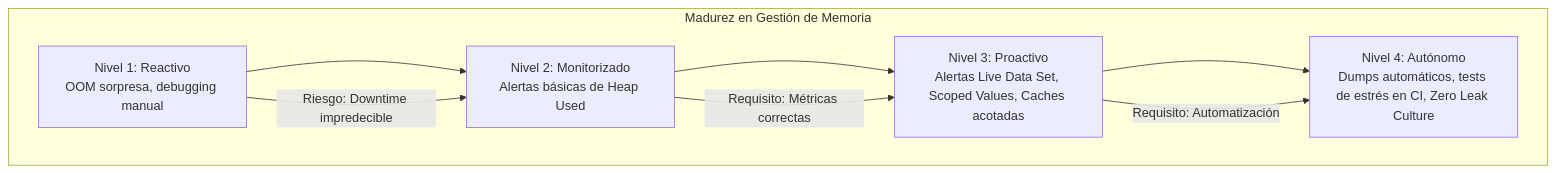
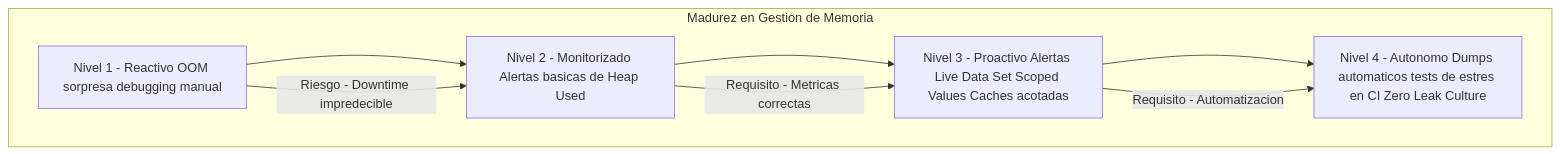
Before and after one commit to Joaquinriosheredia/DAM-Java-Mastery: the fourth of 4 diagrams in 01_Java_Core/memory_leaks_reales_en_java_deteccion_y_solucion_con_visualvm_STAFF.md, drawn with Mermaid. The commit also changed other lines of this file, not shown here.

````diff
--- a/01_Java_Core/memory_leaks_reales_en_java_deteccion_y_solucion_con_visualvm_STAFF.md
+++ b/01_Java_Core/memory_leaks_reales_en_java_deteccion_y_solucion_con_visualvm_STAFF.md
@@ -394,13 +568,13 @@
 ```mermaid
 graph TD
-    subgraph "Madurez en Gestión de Memoria"
-        L1[Nivel 1: Reactivo<br>OOM sorpresa, debugging manual] --> L2
-        L2[Nivel 2: Monitorizado<br>Alertas básicas de Heap Used] --> L3
-        L3[Nivel 3: Proactivo<br>Alertas Live Data Set, Scoped Values, Caches acotadas] --> L4
-        L4[Nivel 4: Autónomo<br>Dumps automáticos, tests de estrés en CI, Zero Leak Culture]
+    subgraph "Madurez en Gestion de Memoria"
+        L1[Nivel 1 - Reactivo OOM sorpresa debugging manual] --> L2
+        L2[Nivel 2 - Monitorizado Alertas basicas de Heap Used] --> L3
+        L3[Nivel 3 - Proactivo Alertas Live Data Set Scoped Values Caches acotadas] --> L4
+        L4[Nivel 4 - Autonomo Dumps automaticos tests de estres en CI Zero Leak Culture]
     end
     
-    L1 -->|Riesgo: Downtime impredecible| L2
-    L2 -->|Requisito: Métricas correctas| L3
-    L3 -->|Requisito: Automatización| L4
+    L1 -->|Riesgo - Downtime impredecible| L2
+    L2 -->|Requisito - Metricas correctas| L3
+    L3 -->|Requisito - Automatizacion| L4
 ```
````
